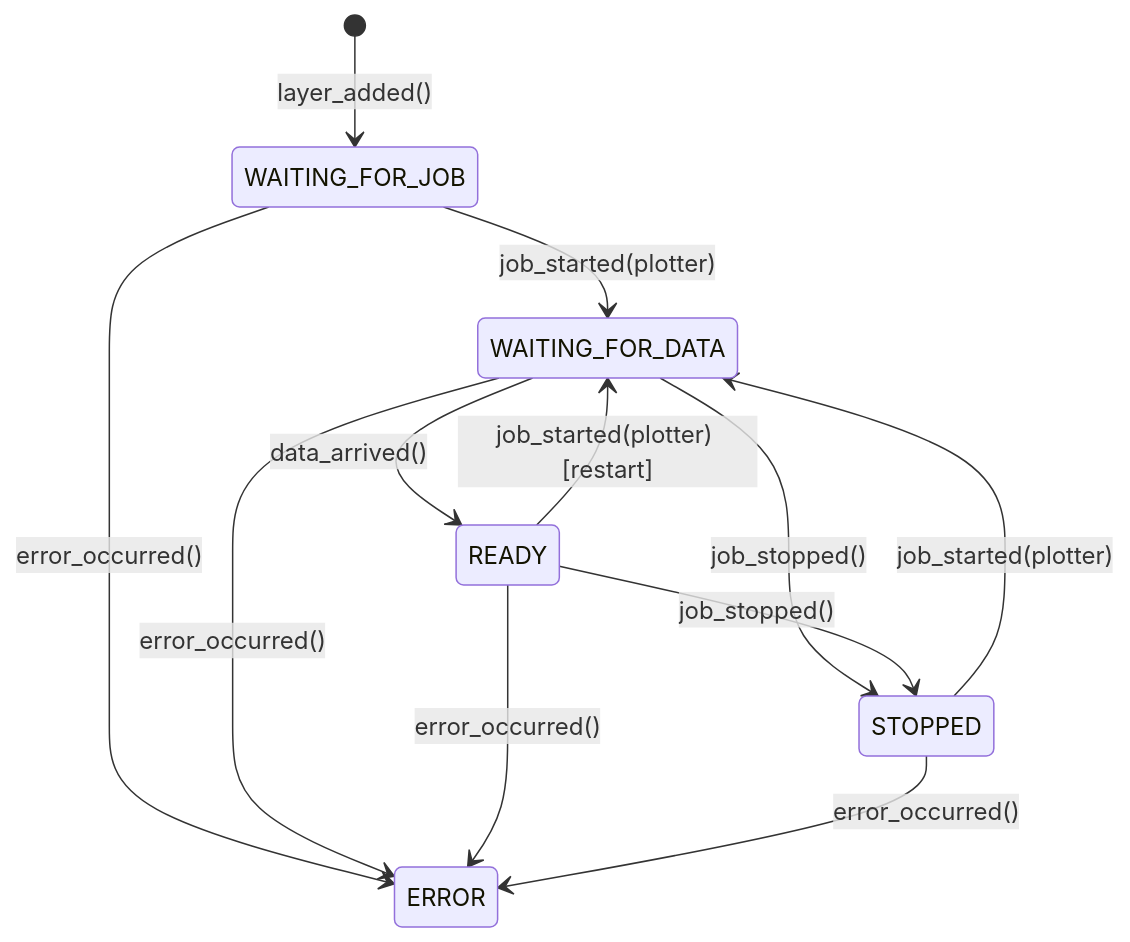
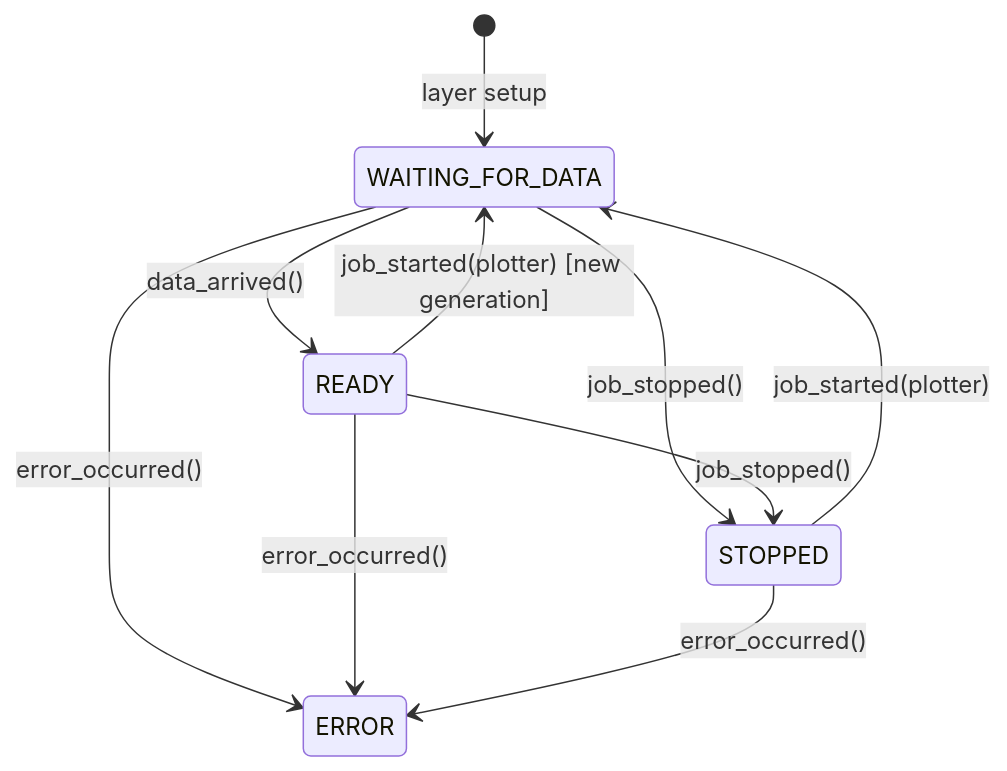
Before and after one commit to scipp/esslivedata: the second of 2 diagrams in docs/developer/design/orchestrator-flow.md, drawn with Mermaid. The commit also changed other lines of this file and 14 other files, not shown here.

````diff
--- a/docs/developer/design/orchestrator-flow.md
+++ b/docs/developer/design/orchestrator-flow.md
@@ -80,17 +66,14 @@
 ```mermaid
 stateDiagram-v2
-    [*] --> WAITING_FOR_JOB: layer_added()
-    WAITING_FOR_JOB --> WAITING_FOR_DATA: job_started(plotter)
-    WAITING_FOR_JOB --> ERROR: error_occurred()
-
+    [*] --> WAITING_FOR_DATA: layer setup
     WAITING_FOR_DATA --> READY: data_arrived()
     WAITING_FOR_DATA --> STOPPED: job_stopped()
     WAITING_FOR_DATA --> ERROR: error_occurred()
 
     READY --> STOPPED: job_stopped()
-    READY --> WAITING_FOR_DATA: job_started(plotter) [restart]
+    READY --> WAITING_FOR_DATA: job_started(plotter) [new generation]
     READY --> ERROR: error_occurred()
 
     STOPPED --> WAITING_FOR_DATA: job_started(plotter)
     STOPPED --> ERROR: error_occurred()
 ```
````
